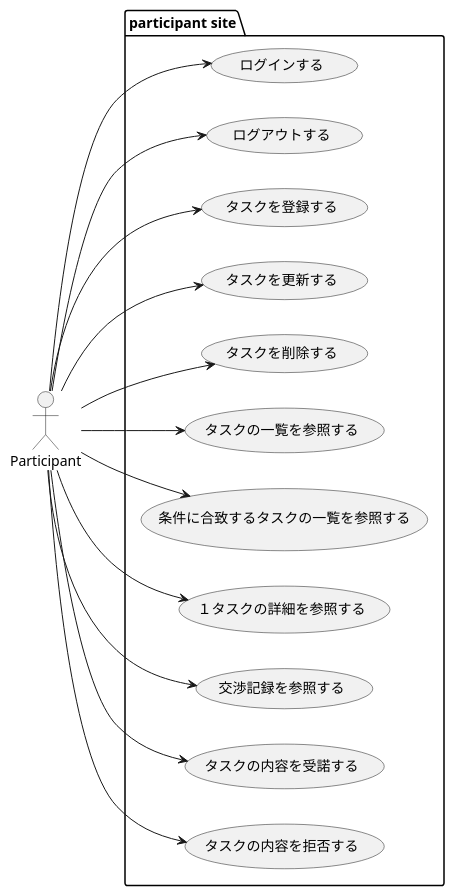
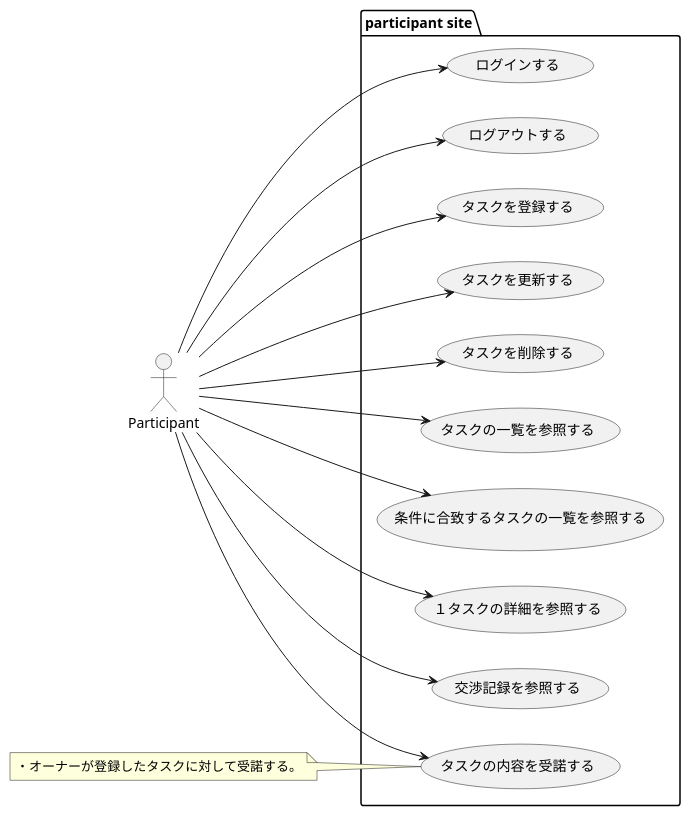
The diagram in design/usecase/participant/usecase.puml (sky0621/familiagildo), drawn with PlantUML before and after one commit. The commit also changed 8 other files, not shown here.

```diff
--- a/design/usecase/participant/usecase.puml
+++ b/design/usecase/participant/usecase.puml
@@ -1,33 +1,35 @@
 @startuml
 
 left to right direction
 
 actor Participant as p
 
 package "participant site" {
     usecase "ログインする" as loginByParticipant
     usecase "ログアウトする" as logoutByParticipant
     usecase "タスクを登録する" as createMyTaskByParticipant
     usecase "タスクを更新する" as updateMyTaskByParticipant
     usecase "タスクを削除する" as deleteMyTaskByParticipant
     usecase "タスクの一覧を参照する" as listTaskByParticipant
     usecase "条件に合致するタスクの一覧を参照する" as findTaskByParticipant
     usecase "１タスクの詳細を参照する" as getTaskByParticipant
     usecase "交渉記録を参照する" as getNegotiationRecordByParticipant
     usecase "タスクの内容を受諾する" as acceptTaskByParticipant
-    usecase "タスクの内容を拒否する" as rejectTaskByParticipant
 }
 
 p --> loginByParticipant
 p --> logoutByParticipant
 p --> createMyTaskByParticipant
 p --> updateMyTaskByParticipant
 p --> deleteMyTaskByParticipant
 p --> listTaskByParticipant
 p --> findTaskByParticipant
 p --> getTaskByParticipant
 p --> getNegotiationRecordByParticipant
 p --> acceptTaskByParticipant
-p --> rejectTaskByParticipant
+
+note left of acceptTaskByParticipant
+・オーナーが登録したタスクに対して受諾する。
+end note
 
 @enduml
```
